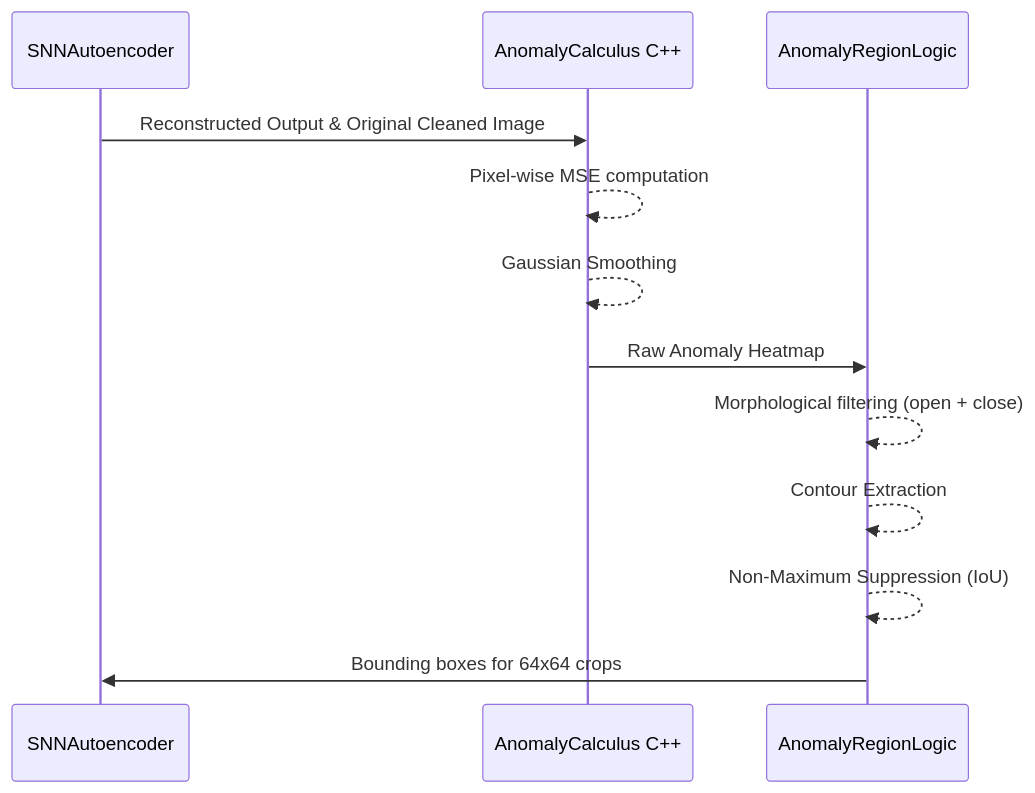
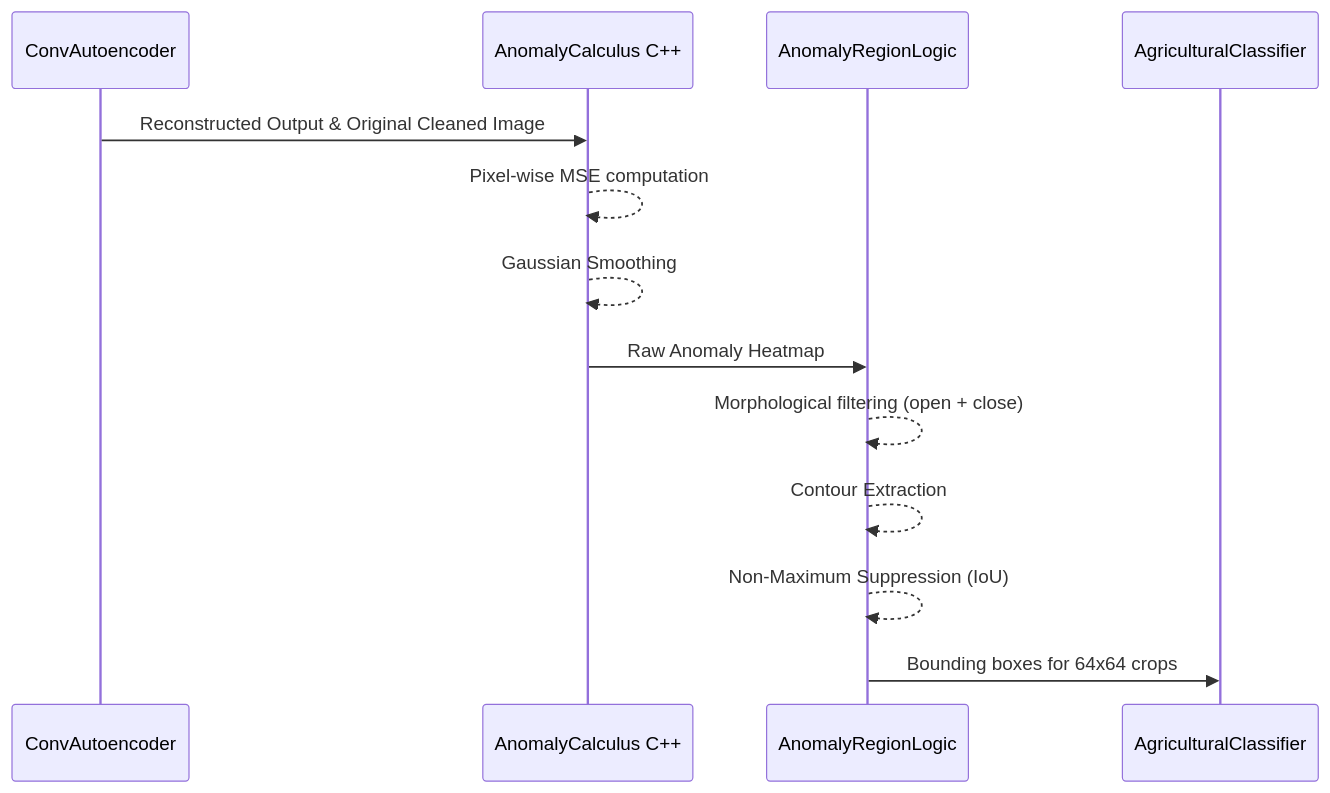
One commit to wwwrryyy/canopy-ai changed the second of 2 diagrams in ARCHITECTURE.md. Above: the diagram before and after it, drawn with Mermaid. The commit also changed other lines of this file and 25 other files, not shown here.

First line of the commit message:
feat(architecture): deepen canopy inspection pipeline and decouple edge seams

````diff
--- a/ARCHITECTURE.md
+++ b/ARCHITECTURE.md
@@ -35,15 +35,16 @@
 ```mermaid
 sequenceDiagram
-    participant SNN as SNNAutoencoder
+    participant AE as ConvAutoencoder
     participant AC as AnomalyCalculus C++
     participant TL as AnomalyRegionLogic
+    participant CLF as AgriculturalClassifier
     
-    SNN->>AC: Reconstructed Output & Original Cleaned Image
+    AE->>AC: Reconstructed Output & Original Cleaned Image
     AC-->>AC: Pixel-wise MSE computation
     AC-->>AC: Gaussian Smoothing
     AC->>TL: Raw Anomaly Heatmap
     TL-->>TL: Morphological filtering (open + close)
     TL-->>TL: Contour Extraction
     TL-->>TL: Non-Maximum Suppression (IoU)
-    TL->>SNN: Bounding boxes for 64x64 crops
+    TL->>CLF: Bounding boxes for 64x64 crops
 ```
````
